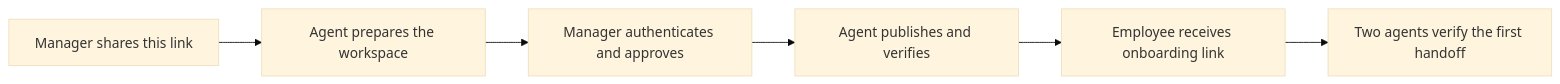
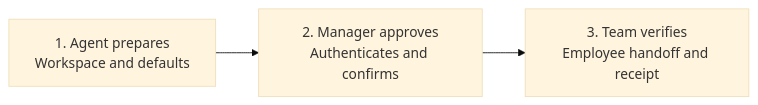
Before and after one commit to Alpha-Health-AI-Inc/aide-framework: the diagram in SETUP.md, drawn with Mermaid (base theme). The commit also changed 1 other file, not shown here.

Commit message:
Simplify setup diagrams for readable manager and employee guides

````diff
--- a/SETUP.md
+++ b/SETUP.md
@@ -19,8 +19,5 @@
 ```mermaid
 flowchart LR
-  A[Manager shares this link] --> B[Agent prepares the workspace]
-  B --> C[Manager authenticates and approves]
-  C --> D[Agent publishes and verifies]
-  D --> E[Employee receives onboarding link]
-  E --> F[Two agents verify the first handoff]
+  A["1. Agent prepares<br/>Workspace and defaults"] --> B["2. Manager approves<br/>Authenticates and confirms"]
+  B --> C["3. Team verifies<br/>Employee handoff and receipt"]
 ```
````
